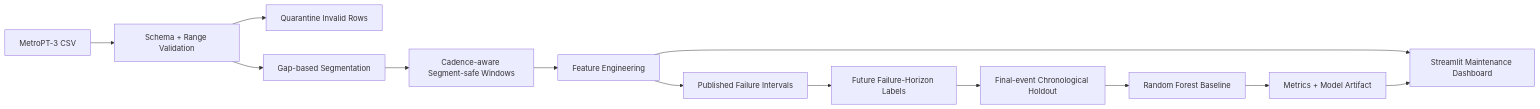
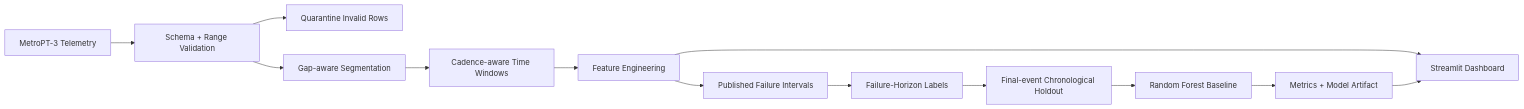
Before and after one commit to SahilBh01r1769/metropt3-predictive-maintenance: the diagram in README.md, drawn with Mermaid. The commit also changed other lines of this file, not shown here.

````diff
--- a/README.md
+++ b/README.md
@@ -24,15 +30,15 @@
 ```mermaid
 flowchart LR
-    A[MetroPT-3 CSV] --> B[Schema + Range Validation]
+    A[MetroPT-3 Telemetry] --> B[Schema + Range Validation]
     B --> C[Quarantine Invalid Rows]
-    B --> D[Gap-based Segmentation]
-    D --> E[Cadence-aware Segment-safe Windows]
+    B --> D[Gap-aware Segmentation]
+    D --> E[Cadence-aware Time Windows]
     E --> F[Feature Engineering]
     F --> G[Published Failure Intervals]
-    G --> H[Future Failure-Horizon Labels]
+    G --> H[Failure-Horizon Labels]
     H --> I[Final-event Chronological Holdout]
     I --> J[Random Forest Baseline]
     J --> K[Metrics + Model Artifact]
-    F --> L[Streamlit Maintenance Dashboard]
+    F --> L[Streamlit Dashboard]
     K --> L
 ```
````
